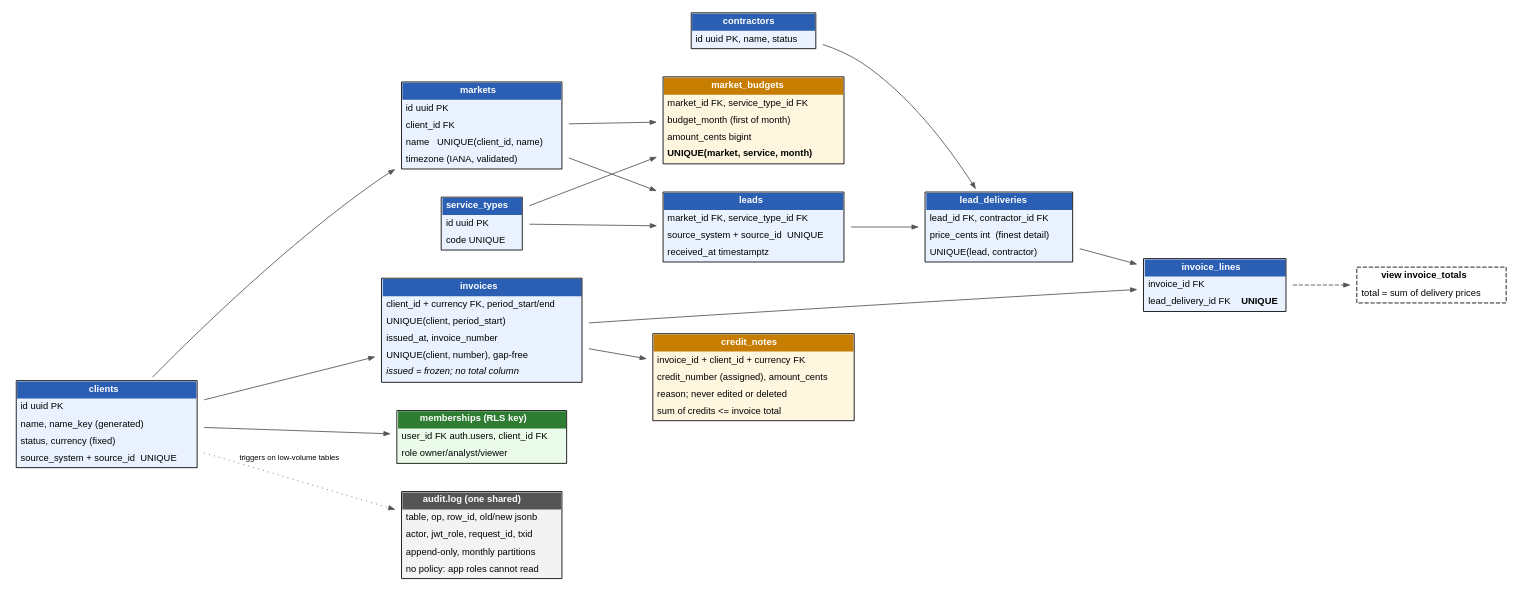
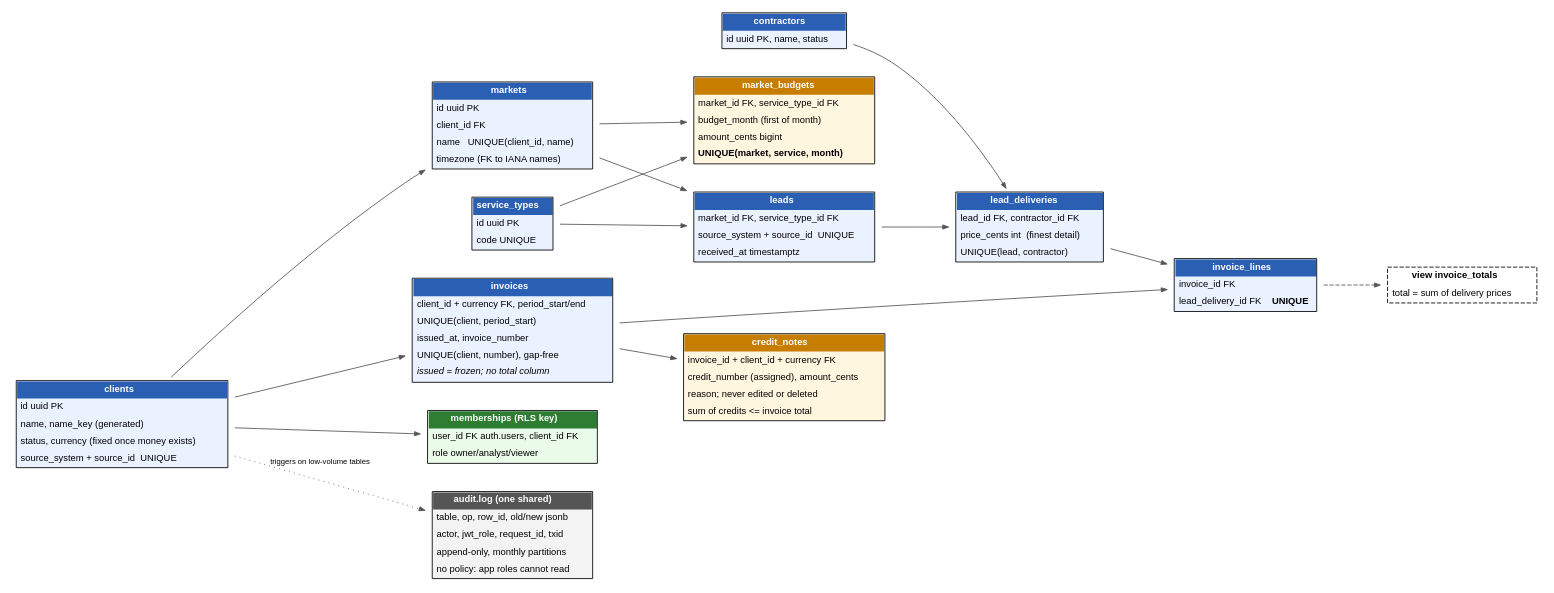
One commit to imjahanzaib/leadgen-db-reference changed the diagram in docs/erd.dot. Above: the diagram before and after it, drawn with Graphviz. The commit also changed 12 other files, not shown here.

```diff
--- a/docs/erd.dot
+++ b/docs/erd.dot
@@ -1,21 +1,21 @@
 digraph erd {
   rankdir=LR; bgcolor="white"; nodesep=0.35; ranksep=0.9;
   node [shape=plaintext, fontname="Helvetica", fontsize=11];
   edge [color="#555555", arrowsize=0.7, fontname="Helvetica", fontsize=9];
-  clients [label=<<table border="1" cellborder="0" cellspacing="0" cellpadding="4" bgcolor="#EAF2FF"><tr><td bgcolor="#2B5FB4"><font color="white"><b>clients</b></font></td></tr><tr><td align="left">id uuid PK</td></tr><tr><td align="left">name, name_key (generated)</td></tr><tr><td align="left">status, currency (fixed)</td></tr><tr><td align="left">source_system + source_id  UNIQUE</td></tr></table>>];
-  markets [label=<<table border="1" cellborder="0" cellspacing="0" cellpadding="4" bgcolor="#EAF2FF"><tr><td bgcolor="#2B5FB4"><font color="white"><b>markets</b></font></td></tr><tr><td align="left">id uuid PK</td></tr><tr><td align="left">client_id FK</td></tr><tr><td align="left">name   UNIQUE(client_id, name)</td></tr><tr><td align="left">timezone (IANA, validated)</td></tr></table>>];
+  clients [label=<<table border="1" cellborder="0" cellspacing="0" cellpadding="4" bgcolor="#EAF2FF"><tr><td bgcolor="#2B5FB4"><font color="white"><b>clients</b></font></td></tr><tr><td align="left">id uuid PK</td></tr><tr><td align="left">name, name_key (generated)</td></tr><tr><td align="left">status, currency (fixed once money exists)</td></tr><tr><td align="left">source_system + source_id  UNIQUE</td></tr></table>>];
+  markets [label=<<table border="1" cellborder="0" cellspacing="0" cellpadding="4" bgcolor="#EAF2FF"><tr><td bgcolor="#2B5FB4"><font color="white"><b>markets</b></font></td></tr><tr><td align="left">id uuid PK</td></tr><tr><td align="left">client_id FK</td></tr><tr><td align="left">name   UNIQUE(client_id, name)</td></tr><tr><td align="left">timezone (FK to IANA names)</td></tr></table>>];
   service_types [label=<<table border="1" cellborder="0" cellspacing="0" cellpadding="4" bgcolor="#EAF2FF"><tr><td bgcolor="#2B5FB4"><font color="white"><b>service_types</b></font></td></tr><tr><td align="left">id uuid PK</td></tr><tr><td align="left">code UNIQUE</td></tr></table>>];
   market_budgets [label=<<table border="1" cellborder="0" cellspacing="0" cellpadding="4" bgcolor="#FFF6E0"><tr><td bgcolor="#C77D00"><font color="white"><b>market_budgets</b></font></td></tr><tr><td align="left">market_id FK, service_type_id FK</td></tr><tr><td align="left">budget_month (first of month)</td></tr><tr><td align="left">amount_cents bigint</td></tr><tr><td align="left"><b>UNIQUE(market, service, month)</b></td></tr></table>>];
   leads [label=<<table border="1" cellborder="0" cellspacing="0" cellpadding="4" bgcolor="#EAF2FF"><tr><td bgcolor="#2B5FB4"><font color="white"><b>leads</b></font></td></tr><tr><td align="left">market_id FK, service_type_id FK</td></tr><tr><td align="left">source_system + source_id  UNIQUE</td></tr><tr><td align="left">received_at timestamptz</td></tr></table>>];
   contractors [label=<<table border="1" cellborder="0" cellspacing="0" cellpadding="4" bgcolor="#EAF2FF"><tr><td bgcolor="#2B5FB4"><font color="white"><b>contractors</b></font></td></tr><tr><td align="left">id uuid PK, name, status</td></tr></table>>];
   lead_deliveries [label=<<table border="1" cellborder="0" cellspacing="0" cellpadding="4" bgcolor="#EAF2FF"><tr><td bgcolor="#2B5FB4"><font color="white"><b>lead_deliveries</b></font></td></tr><tr><td align="left">lead_id FK, contractor_id FK</td></tr><tr><td align="left">price_cents int  (finest detail)</td></tr><tr><td align="left">UNIQUE(lead, contractor)</td></tr></table>>];
   invoices [label=<<table border="1" cellborder="0" cellspacing="0" cellpadding="4" bgcolor="#EAF2FF"><tr><td bgcolor="#2B5FB4"><font color="white"><b>invoices</b></font></td></tr><tr><td align="left">client_id + currency FK, period_start/end</td></tr><tr><td align="left">UNIQUE(client, period_start)</td></tr><tr><td align="left">issued_at, invoice_number</td></tr><tr><td align="left">UNIQUE(client, number), gap-free</td></tr><tr><td align="left"><i>issued = frozen; no total column</i></td></tr></table>>];
   invoice_lines [label=<<table border="1" cellborder="0" cellspacing="0" cellpadding="4" bgcolor="#EAF2FF"><tr><td bgcolor="#2B5FB4"><font color="white"><b>invoice_lines</b></font></td></tr><tr><td align="left">invoice_id FK</td></tr><tr><td align="left">lead_delivery_id FK <b>UNIQUE</b></td></tr></table>>];
   memberships [label=<<table border="1" cellborder="0" cellspacing="0" cellpadding="4" bgcolor="#EAFBEA"><tr><td bgcolor="#2E7D32"><font color="white"><b>memberships (RLS key)</b></font></td></tr><tr><td align="left">user_id FK auth.users, client_id FK</td></tr><tr><td align="left">role owner/analyst/viewer</td></tr></table>>];
   audit [label=<<table border="1" cellborder="0" cellspacing="0" cellpadding="4" bgcolor="#F3F3F3"><tr><td bgcolor="#555555"><font color="white"><b>audit.log (one shared)</b></font></td></tr><tr><td align="left">table, op, row_id, old/new jsonb</td></tr><tr><td align="left">actor, jwt_role, request_id, txid</td></tr><tr><td align="left">append-only, monthly partitions</td></tr><tr><td align="left">no policy: app roles cannot read</td></tr></table>>];
   credit_notes [label=<<table border="1" cellborder="0" cellspacing="0" cellpadding="4" bgcolor="#FFF6E0"><tr><td bgcolor="#C77D00"><font color="white"><b>credit_notes</b></font></td></tr><tr><td align="left">invoice_id + client_id + currency FK</td></tr><tr><td align="left">credit_number (assigned), amount_cents</td></tr><tr><td align="left">reason; never edited or deleted</td></tr><tr><td align="left">sum of credits &lt;= invoice total</td></tr></table>>];
   invoice_totals [label=<<table border="1" cellborder="0" cellspacing="0" cellpadding="4" bgcolor="#FFFFFF" style="dashed"><tr><td><b>view invoice_totals</b></td></tr><tr><td align="left">total = sum of delivery prices</td></tr></table>>];
   clients -> markets; markets -> market_budgets; service_types -> market_budgets; markets -> leads; service_types -> leads;
   leads -> lead_deliveries; contractors -> lead_deliveries; clients -> invoices; invoices -> invoice_lines; lead_deliveries -> invoice_lines;
   invoices -> credit_notes; clients -> memberships; invoice_lines -> invoice_totals [style=dashed]; clients -> audit [style=dotted, label="triggers on low-volume tables"];
 }
```
